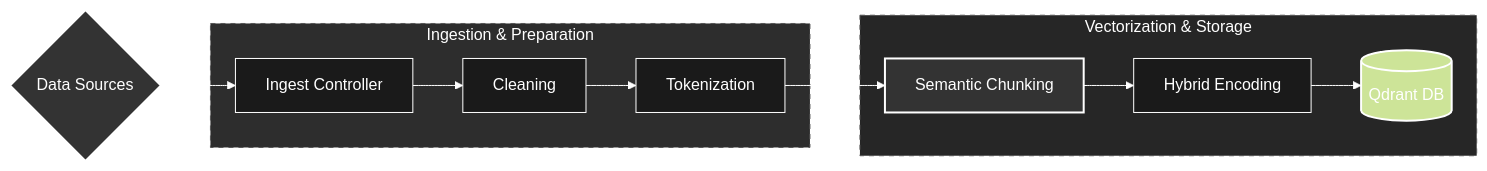
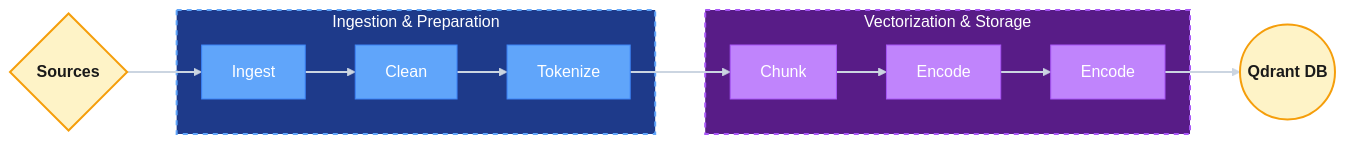
One commit to dducwsxuaan/AI-agent-QA-VNPT-Hackathon changed the second of 2 diagrams in README.md. Above: the diagram before and after it, drawn with Mermaid (forest theme). The commit also changed other lines of this file, not shown here.

Commit message:
feat: update color for data pipeline

````diff
--- a/README.md
+++ b/README.md
@@ -67,37 +67,41 @@
 ```mermaid
 graph LR
-    %% Định nghĩa Style Dark Mode
-    classDef darkNode fill:#1a1a1a,stroke:#ffffff,stroke-width:1px,color:#ffffff
-    classDef highlightNode fill:#333333,stroke:#ffffff,stroke-width:2px,color:#ffffff
-    classDef dbNode fill:##333333,stroke:#ffffff,stroke-width:2px,color:#ffffff
+    %% Định nghĩa Style cho từng nhóm Node
+    classDef yellowNode fill:#fef3c7,stroke:#f59e0b,stroke-width:2px,color:#1a1a1a,font-weight:bold
+    classDef blueNode fill:#60a5fa,stroke:#3b82f6,stroke-width:1px,color:#ffffff
+    classDef purpleNode fill:#c084fc,stroke:#a855f7,stroke-width:1px,color:#ffffff
+    classDef dbNode fill:#fef3c7,stroke:#f59e0b,stroke-width:2px,color:#1a1a1a,font-weight:bold
 
     %% Nodes
-    Sources{"Data Sources"}:::highlightNode
+    Sources{"Sources"}:::yellowNode
     
     subgraph Prep [Ingestion & Preparation]
-        Ingest["Ingest Controller"]:::darkNode
-        Clean["Cleaning"]:::darkNode
-        Tokenize["Tokenization"]:::darkNode
+        Ingest["Ingest"]:::blueNode
+        Clean["Clean"]:::blueNode
+        Tokenize["Tokenize"]:::blueNode
     end
     
     subgraph Vector [Vectorization & Storage]
-        Chunk["Semantic Chunking"]:::highlightNode
-        Encode["Hybrid Encoding"]:::darkNode
-        Qdrant[("Qdrant DB")]:::dbNode
+        Chunk["Chunk"]:::purpleNode
+        Encode["Encode"]:::purpleNode
+        Encode2["Encode"]:::purpleNode
     end
 
-    %% Luồng dữ liệu (Mũi tên trắng)
+    Qdrant(("Qdrant DB")):::dbNode
+
+    %% Luồng dữ liệu và kết nối
     Sources ==> Ingest
     Ingest --> Clean
     Clean --> Tokenize
     Tokenize --> Chunk
     Chunk --> Encode
-    Encode ==> Qdrant
+    Encode --> Encode2
+    Encode2 ==> Qdrant
 
-    %% Style cho khung Subgraph (Nền tối dần từ ngoài vào trong)
-    style Prep fill:#2d2d2d,stroke:#555555,stroke-dasharray: 5 5,color:#ffffff
-    style Vector fill:#262626,stroke:#555555,stroke-dasharray: 5 5,color:#ffffff
+    %% Style cho khung Subgraph
+    style Prep fill:#1e3a8a,stroke:#60a5fa,stroke-width:2px,stroke-dasharray: 5 5,color:#ffffff
+    style Vector fill:#581c87,stroke:#a855f7,stroke-width:2px,stroke-dasharray: 5 5,color:#ffffff
 
-    %% Chỉnh màu mũi tên sang trắng
-    linkStyle default stroke:#ffffff,stroke-width:1px
+    %% Chỉnh màu mũi tên
+    linkStyle default stroke:#cbd5e1,stroke-width:2px
 ```
````
